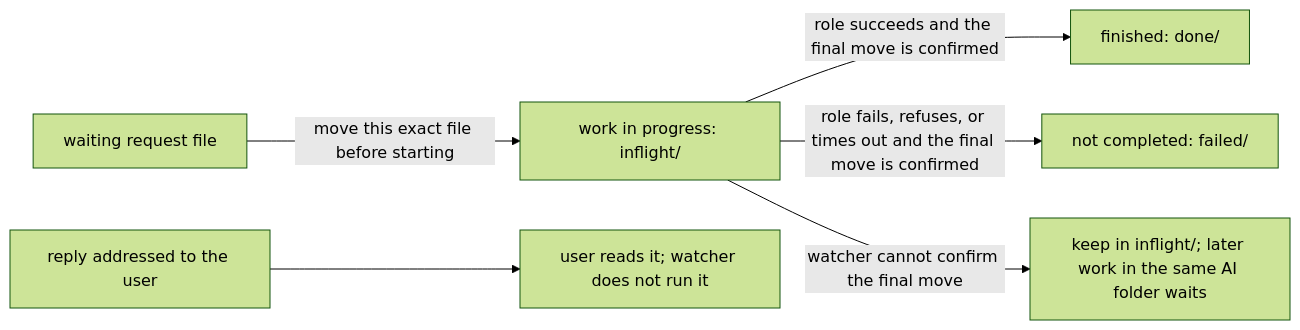
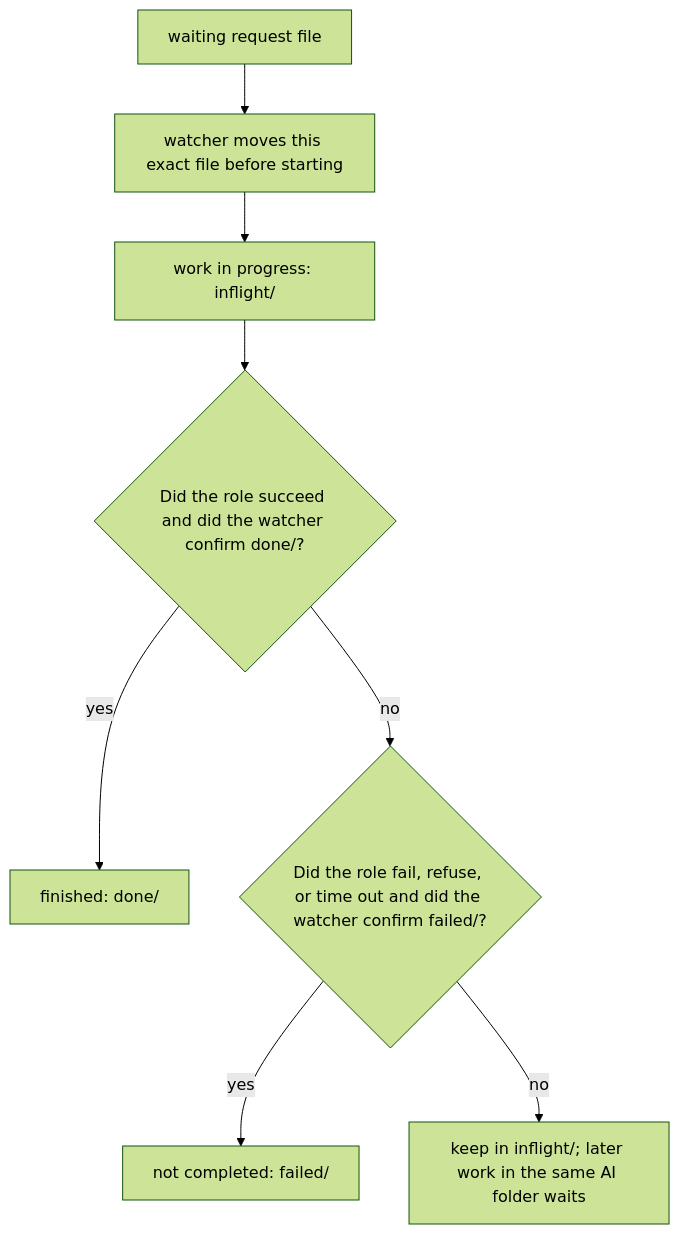
Before and after one commit to SBU-COSMOLIKE/emulators_code_v2: the third of 6 diagrams in ai/README.md, drawn with Mermaid (forest theme). The commit also changed other lines of this file, not shown here.

````diff
--- a/ai/README.md
+++ b/ai/README.md
@@ -740,8 +748,10 @@
 ```mermaid
-flowchart LR
-  W["waiting request file"] -->|"move this exact file before starting"| I["work in progress: inflight/"]
-  I -->|"role succeeds and the final move is confirmed"| D["finished: done/"]
-  I -->|"role fails, refuses, or times out and the final move is confirmed"| F["not completed: failed/"]
-  I -->|"watcher cannot confirm the final move"| B["keep in inflight/; later work in the same AI folder waits"]
-  H["reply addressed to the user"] --> U["user reads it; watcher does not run it"]
+flowchart TD
+  W["waiting request file"] --> M["watcher moves this exact file before starting"]
+  M --> I["work in progress: inflight/"]
+  I --> S{"Did the role succeed and did the watcher confirm done/?"}
+  S -->|"yes"| D["finished: done/"]
+  S -->|"no"| F{"Did the role fail, refuse, or time out and did the watcher confirm failed/?"}
+  F -->|"yes"| X["not completed: failed/"]
+  F -->|"no"| B["keep in inflight/; later work in the same AI folder waits"]
 ```
````
